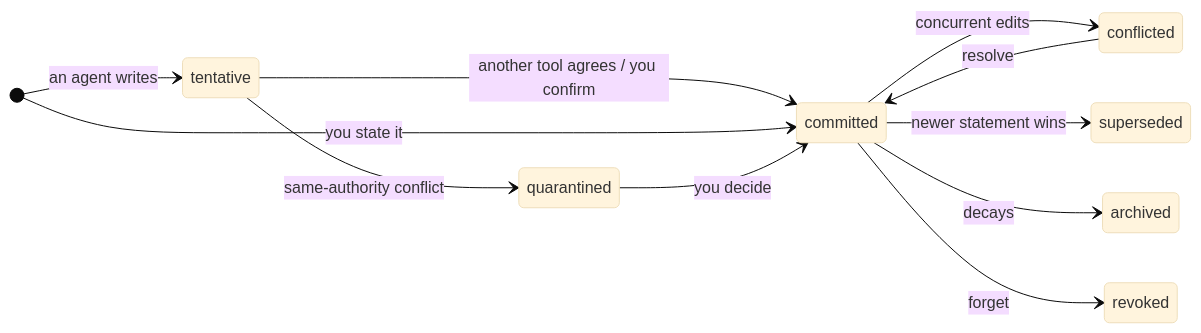
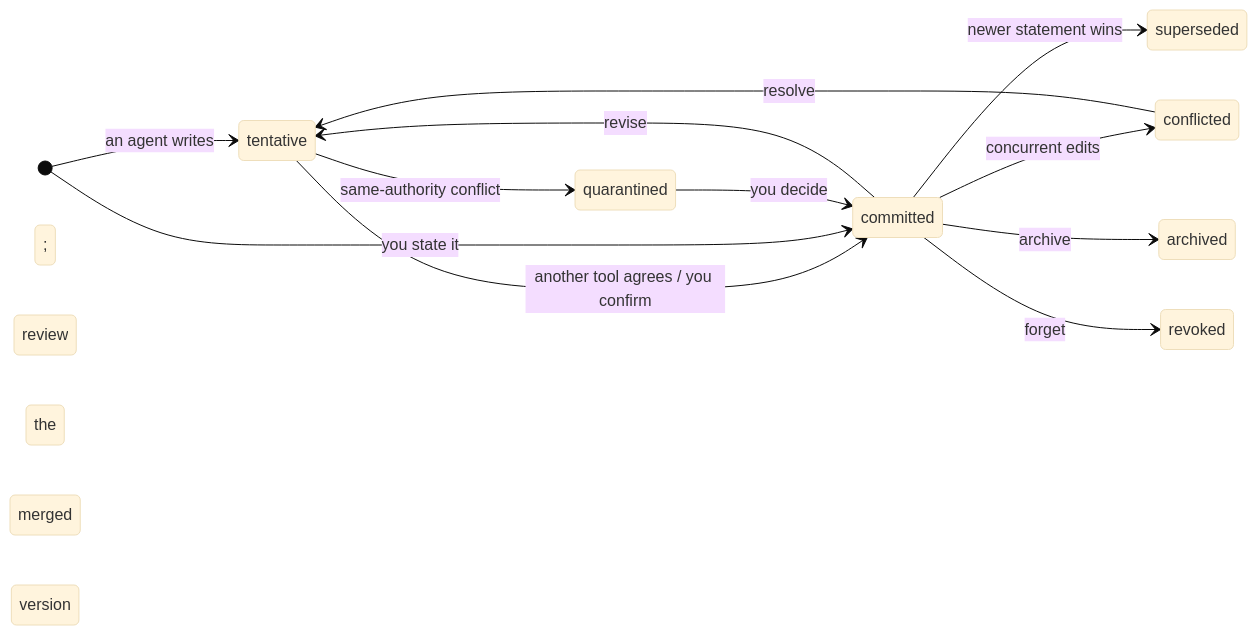
The second of 2 diagrams in README.md (xi029/HiveMem), drawn with Mermaid (base theme) before and after one commit. The commit also changed other lines of this file and 24 other files, not shown here.

````diff
--- a/README.md
+++ b/README.md
@@ -176,14 +176,15 @@
 ```mermaid
 stateDiagram-v2
     direction LR
     [*] --> tentative: an agent writes
     tentative --> committed: another tool agrees / you confirm
     [*] --> committed: you state it
     tentative --> quarantined: same-authority conflict
     quarantined --> committed: you decide
     committed --> conflicted: concurrent edits
-    conflicted --> committed: resolve
+    conflicted --> tentative: resolve; review the merged version
+    committed --> tentative: revise
     committed --> superseded: newer statement wins
-    committed --> archived: decays
+    committed --> archived: archive
     committed --> revoked: forget
 ```
````
